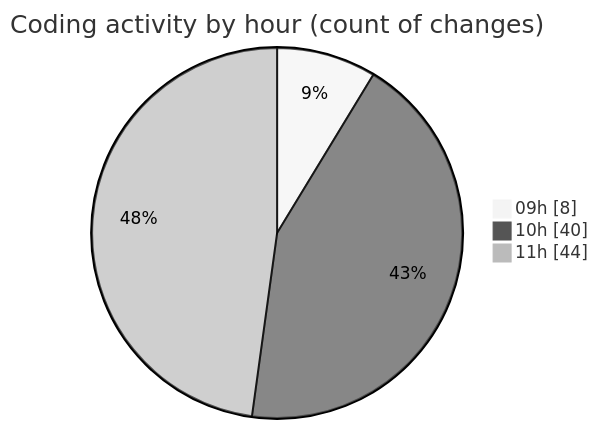
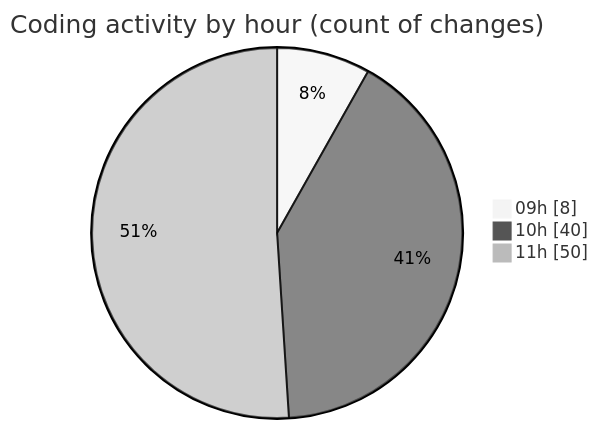
Before and after one commit to momahboobian/code-tracking: the second of 2 diagrams in 2025-09-01/cda/README.md, drawn with Mermaid (neutral theme). The commit also changed other lines of this file and 1 other file, not shown here.

````diff
--- a/2025-09-01/cda/README.md
+++ b/2025-09-01/cda/README.md
@@ -37,7 +37,7 @@
 ```mermaid
 pie showData
 title Coding activity by hour (count of changes)
 "09h" : 8
 "10h" : 40
-"11h" : 44
+"11h" : 50
 ```
````
